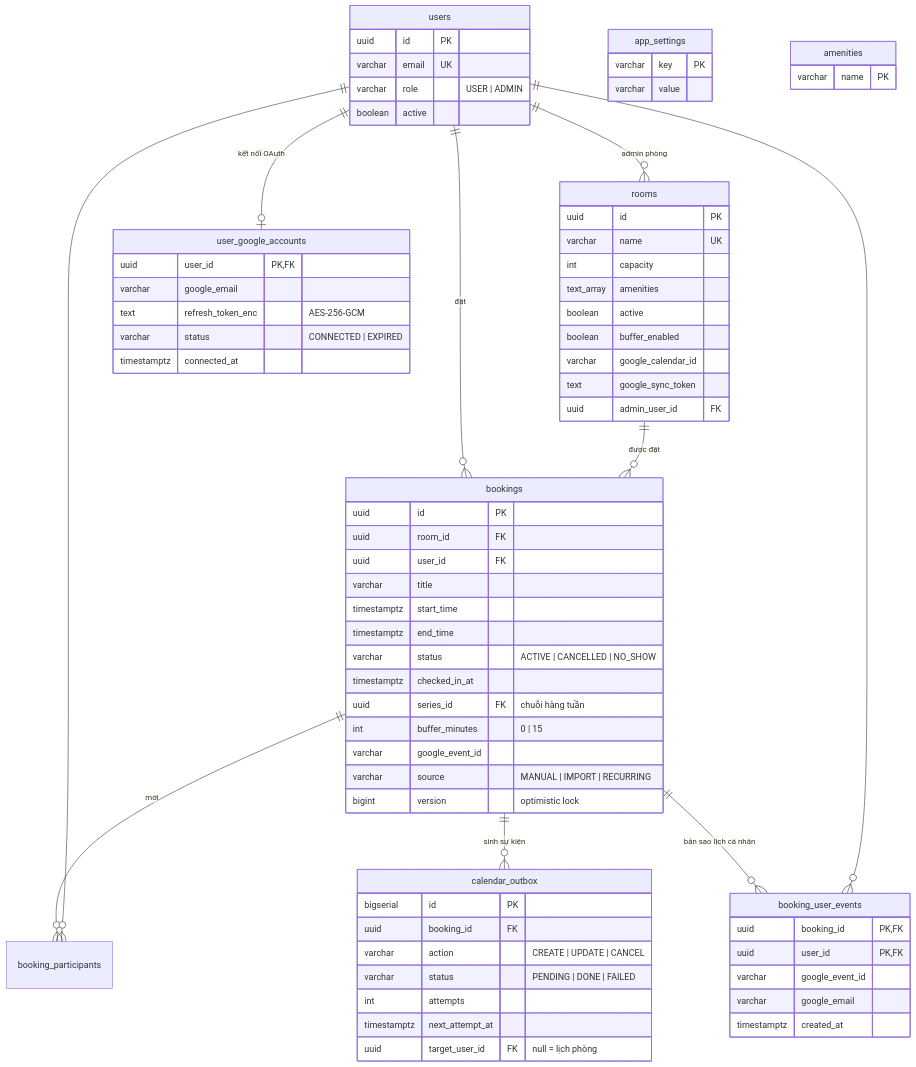
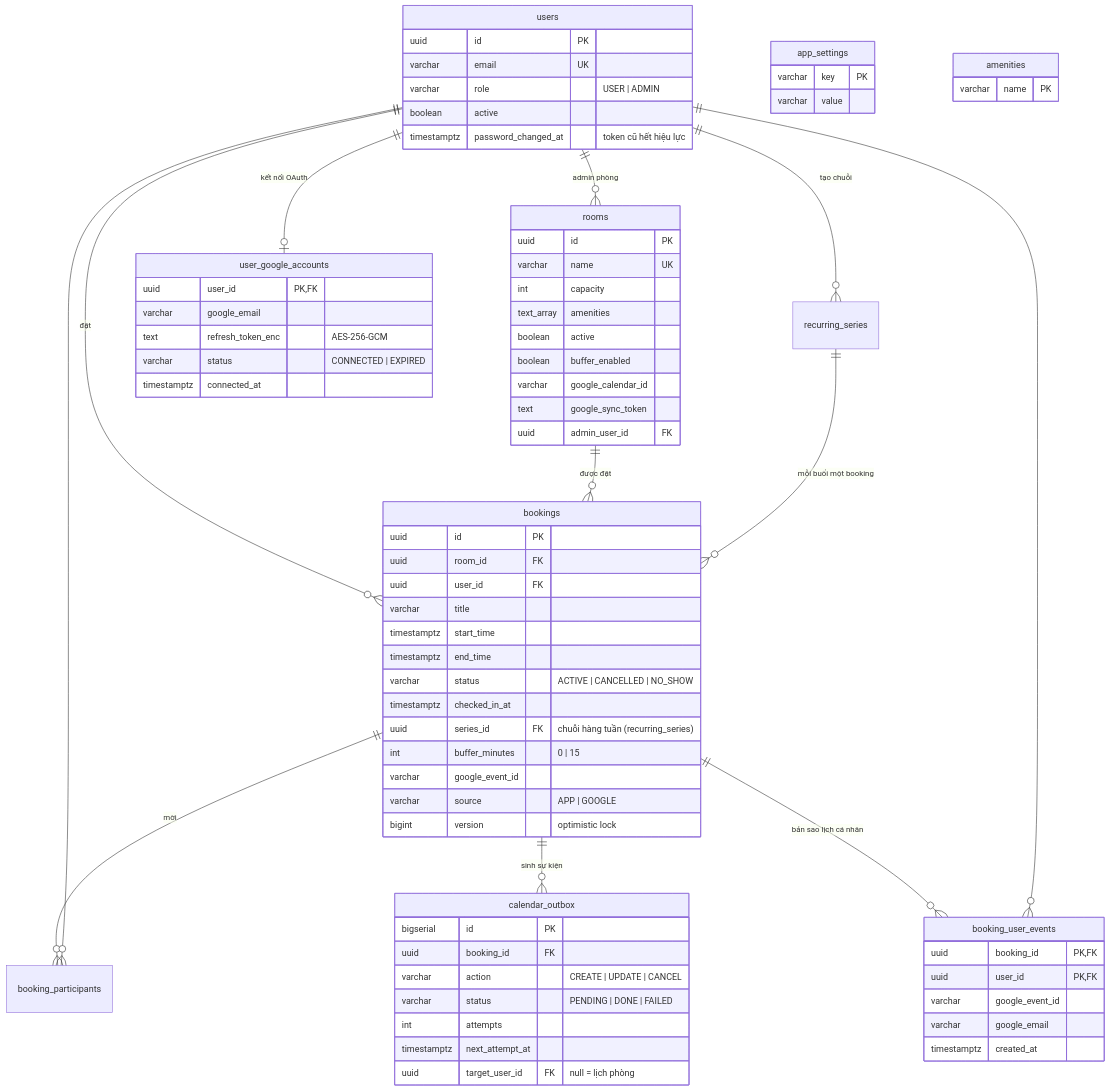
One commit to pxthinh/interview-dki changed the diagram in README.md. Above: the diagram before and after it, drawn with Mermaid. The commit also changed other lines of this file and 11 other files, not shown here.

````diff
--- a/README.md
+++ b/README.md
@@ -172,75 +175,78 @@
 ```mermaid
 erDiagram
     users ||--o{ bookings : "đặt"
     rooms ||--o{ bookings : "được đặt"
     users ||--o{ rooms : "admin phòng"
     bookings ||--o{ booking_participants : "mời"
     users ||--o{ booking_participants : ""
+    users ||--o{ recurring_series : "tạo chuỗi"
+    recurring_series ||--o{ bookings : "mỗi buổi một booking"
     bookings ||--o{ calendar_outbox : "sinh sự kiện"
     users ||--o| user_google_accounts : "kết nối OAuth"
     bookings ||--o{ booking_user_events : "bản sao lịch cá nhân"
     users ||--o{ booking_user_events : ""
 
     users {
         uuid id PK
         varchar email UK
         varchar role "USER | ADMIN"
         boolean active
+        timestamptz password_changed_at "token cũ hết hiệu lực"
     }
     rooms {
         uuid id PK
         varchar name UK
         int capacity
         text_array amenities
         boolean active
         boolean buffer_enabled
         varchar google_calendar_id
         text google_sync_token
         uuid admin_user_id FK
     }
     bookings {
         uuid id PK
         uuid room_id FK
         uuid user_id FK
         varchar title
         timestamptz start_time
         timestamptz end_time
         varchar status "ACTIVE | CANCELLED | NO_SHOW"
         timestamptz checked_in_at
-        uuid series_id FK "chuỗi hàng tuần"
+        uuid series_id FK "chuỗi hàng tuần (recurring_series)"
         int buffer_minutes "0 | 15"
         varchar google_event_id
-        varchar source "MANUAL | IMPORT | RECURRING"
+        varchar source "APP | GOOGLE"
         bigint version "optimistic lock"
     }
     calendar_outbox {
         bigserial id PK
         uuid booking_id FK
         varchar action "CREATE | UPDATE | CANCEL"
         varchar status "PENDING | DONE | FAILED"
         int attempts
         timestamptz next_attempt_at
         uuid target_user_id FK "null = lịch phòng"
     }
     user_google_accounts {
         uuid user_id PK,FK
         varchar google_email
         text refresh_token_enc "AES-256-GCM"
         varchar status "CONNECTED | EXPIRED"
         timestamptz connected_at
     }
     booking_user_events {
         uuid booking_id PK,FK
         uuid user_id PK,FK
         varchar google_event_id
         varchar google_email
         timestamptz created_at
     }
     app_settings {
         varchar key PK
         varchar value
     }
     amenities {
         varchar name PK
     }
 ```
````
